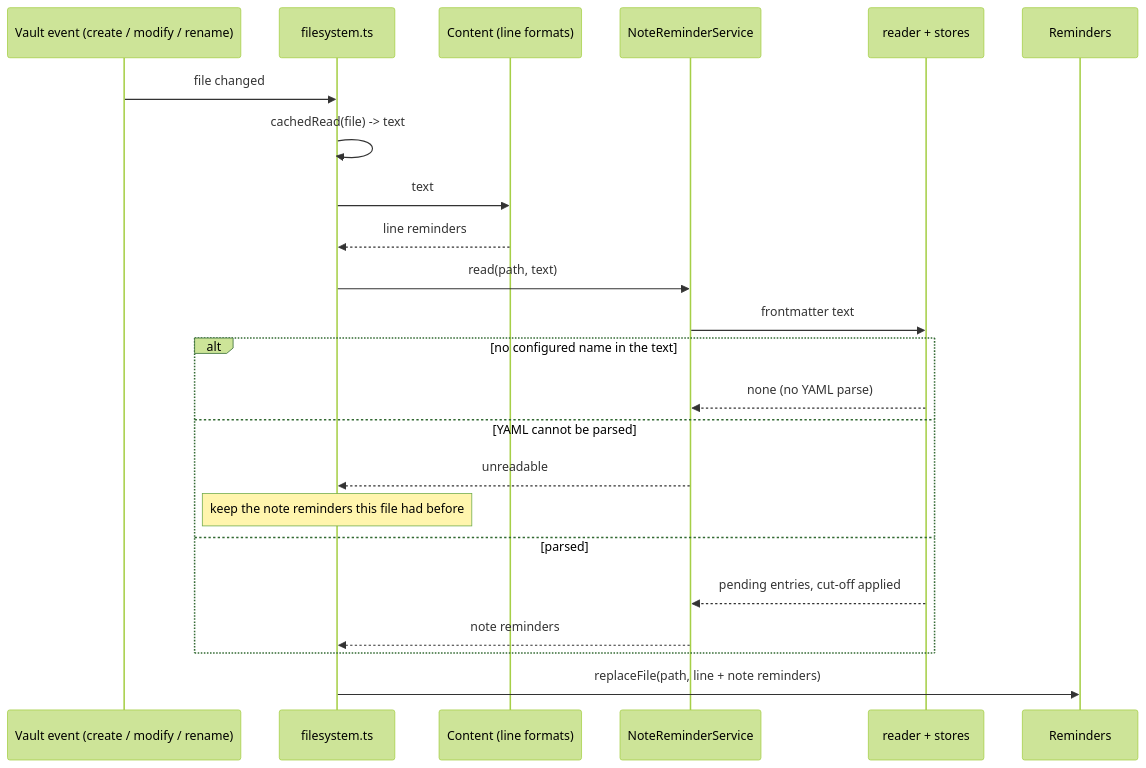
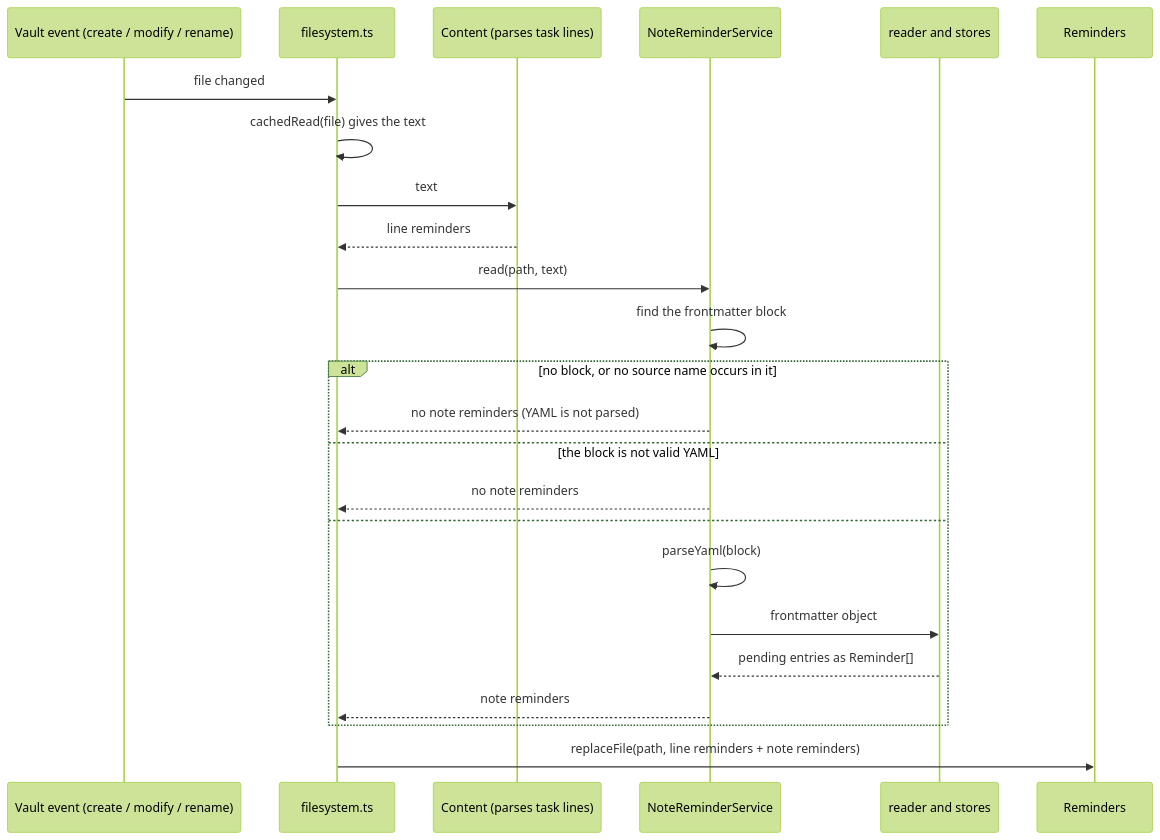
The first of 2 diagrams in docs/designs/note-level-reminders.md (uphy/obsidian-reminder), drawn with Mermaid (forest theme) before and after one commit. The commit also changed other lines of this file, not shown here.

First line of the commit message:
docs: revise the note-level reminder design after review

````diff
--- a/docs/designs/note-level-reminders.md
+++ b/docs/designs/note-level-reminders.md
@@ -358,25 +443,26 @@
 ```mermaid
 sequenceDiagram
   participant V as Vault event (create / modify / rename)
   participant F as filesystem.ts
-  participant C as Content (line formats)
+  participant C as Content (parses task lines)
   participant S as NoteReminderService
-  participant R as reader + stores
+  participant R as reader and stores
   participant M as Reminders
   V->>F: file changed
-  F->>F: cachedRead(file) -> text
+  F->>F: cachedRead(file) gives the text
   F->>C: text
   C-->>F: line reminders
   F->>S: read(path, text)
-  S->>R: frontmatter text
-  alt no configured name in the text
-    R-->>S: none (no YAML parse)
-  else YAML cannot be parsed
-    S-->>F: unreadable
-    Note over F: keep the note reminders this file had before
-  else parsed
-    R-->>S: pending entries, cut-off applied
+  S->>S: find the frontmatter block
+  alt no block, or no source name occurs in it
+    S-->>F: no note reminders (YAML is not parsed)
+  else the block is not valid YAML
+    S-->>F: no note reminders
+  else
+    S->>S: parseYaml(block)
+    S->>R: frontmatter object
+    R-->>S: pending entries as Reminder[]
     S-->>F: note reminders
   end
-  F->>M: replaceFile(path, line + note reminders)
+  F->>M: replaceFile(path, line reminders + note reminders)
 ```
````
